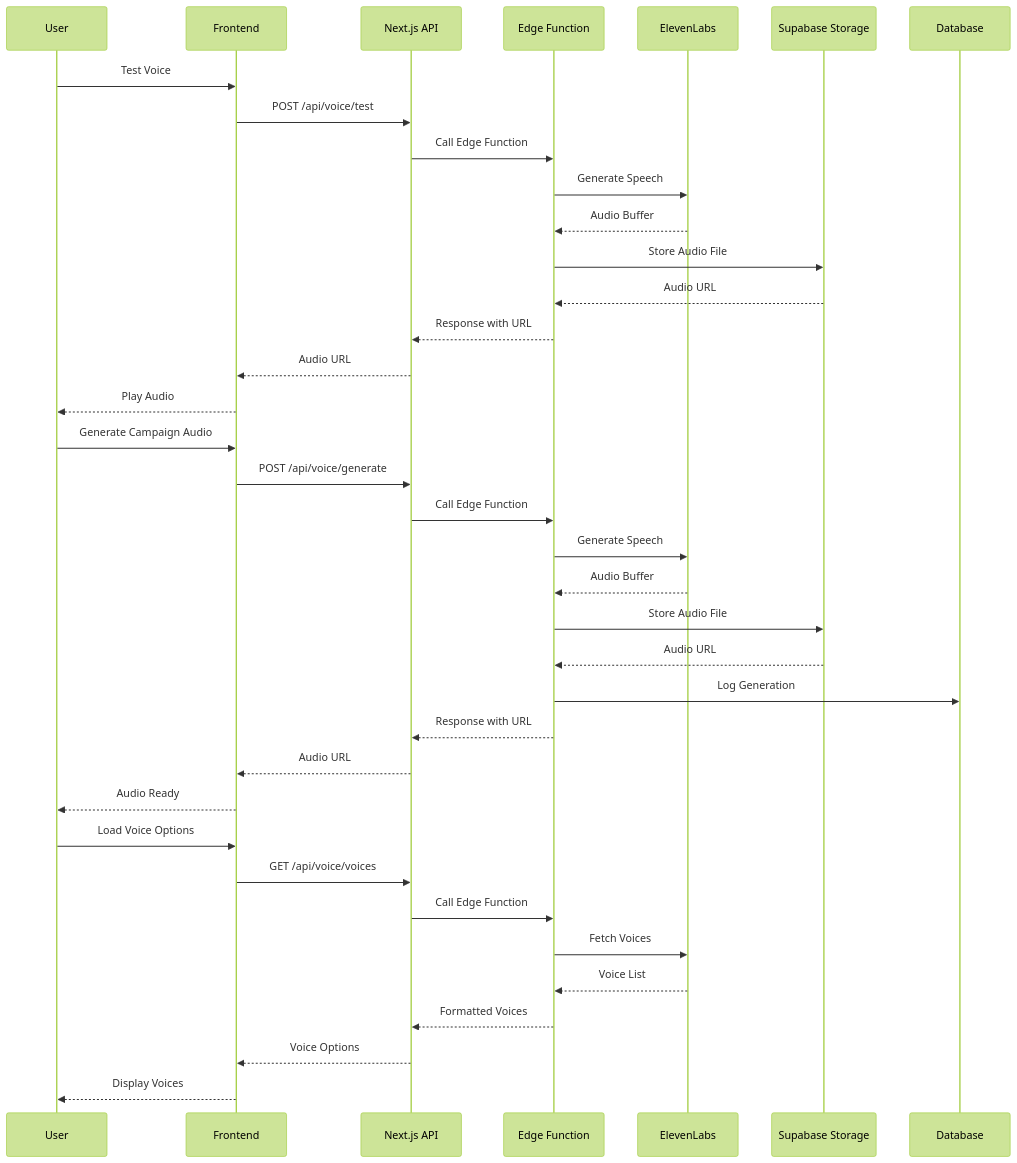
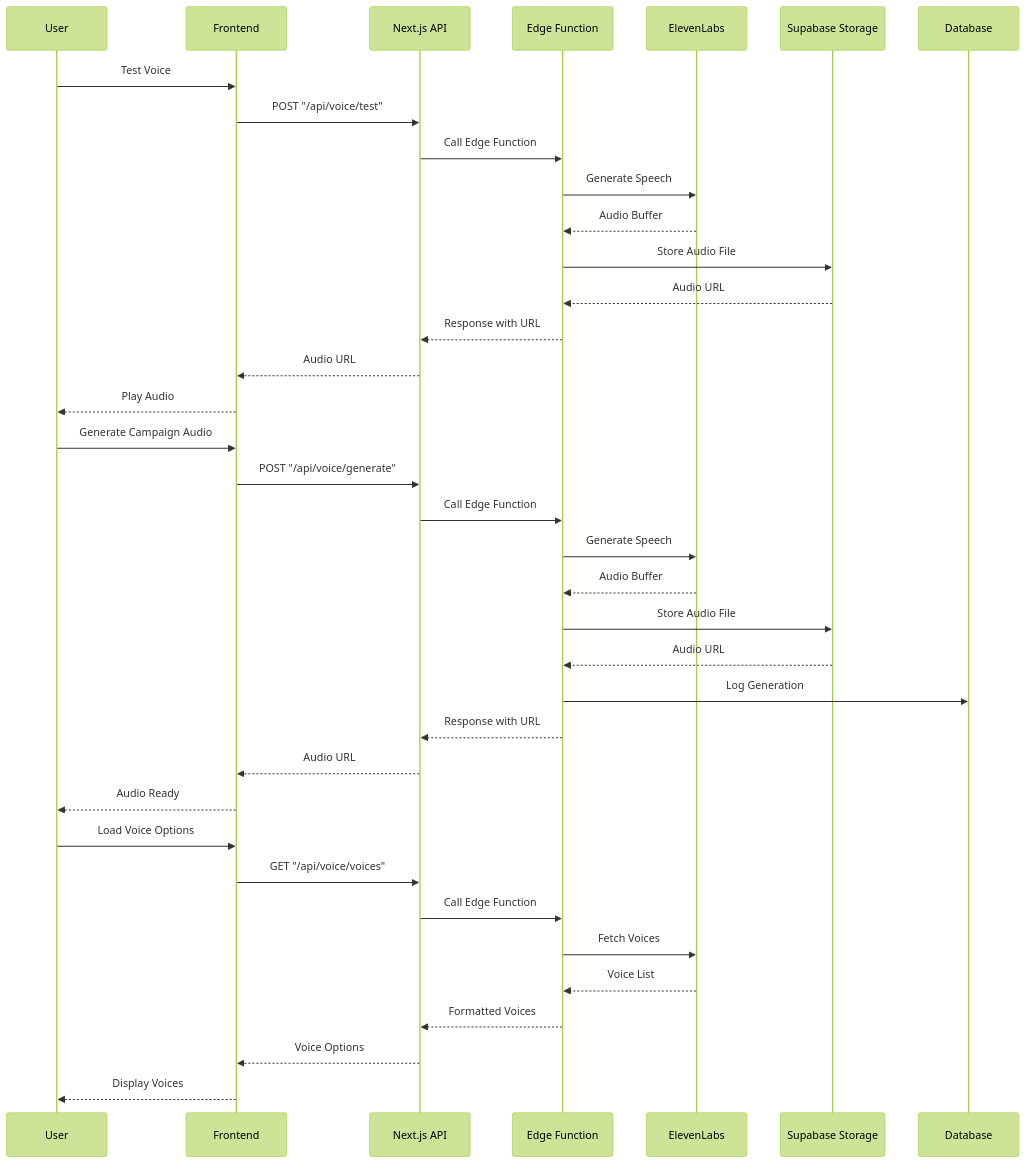
Before and after one commit to callhenk/henk: the second of 2 diagrams in docs/elevenlabs-integration-plan.md, drawn with Mermaid (forest theme). The commit also changed other lines of this file and 2 other files, not shown here.

````diff
--- a/docs/elevenlabs-integration-plan.md
+++ b/docs/elevenlabs-integration-plan.md
@@ -77,45 +77,45 @@
 ```mermaid
 sequenceDiagram
     participant U as User
     participant F as Frontend
     participant N as Next.js API
     participant E as Edge Function
     participant EL as ElevenLabs
     participant S as Supabase Storage
     participant DB as Database
 
     %% Voice Testing Flow
     U->>F: Test Voice
-    F->>N: POST /api/voice/test
+    F->>N: POST "/api/voice/test"
     N->>E: Call Edge Function
     E->>EL: Generate Speech
     EL-->>E: Audio Buffer
     E->>S: Store Audio File
     S-->>E: Audio URL
     E-->>N: Response with URL
     N-->>F: Audio URL
     F-->>U: Play Audio
 
     %% Voice Generation Flow
     U->>F: Generate Campaign Audio
-    F->>N: POST /api/voice/generate
+    F->>N: POST "/api/voice/generate"
     N->>E: Call Edge Function
     E->>EL: Generate Speech
     EL-->>E: Audio Buffer
     E->>S: Store Audio File
     S-->>E: Audio URL
     E->>DB: Log Generation
     E-->>N: Response with URL
     N-->>F: Audio URL
     F-->>U: Audio Ready
 
     %% Voice Listing Flow
     U->>F: Load Voice Options
-    F->>N: GET /api/voice/voices
+    F->>N: GET "/api/voice/voices"
     N->>E: Call Edge Function
     E->>EL: Fetch Voices
     EL-->>E: Voice List
     E-->>N: Formatted Voices
     N-->>F: Voice Options
     F-->>U: Display Voices
 ```
````
